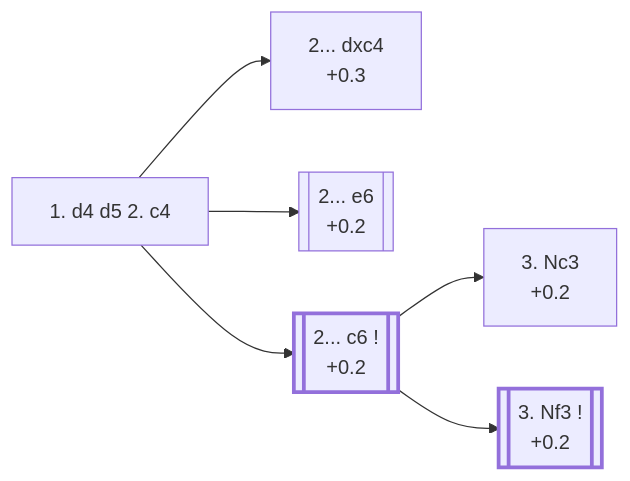
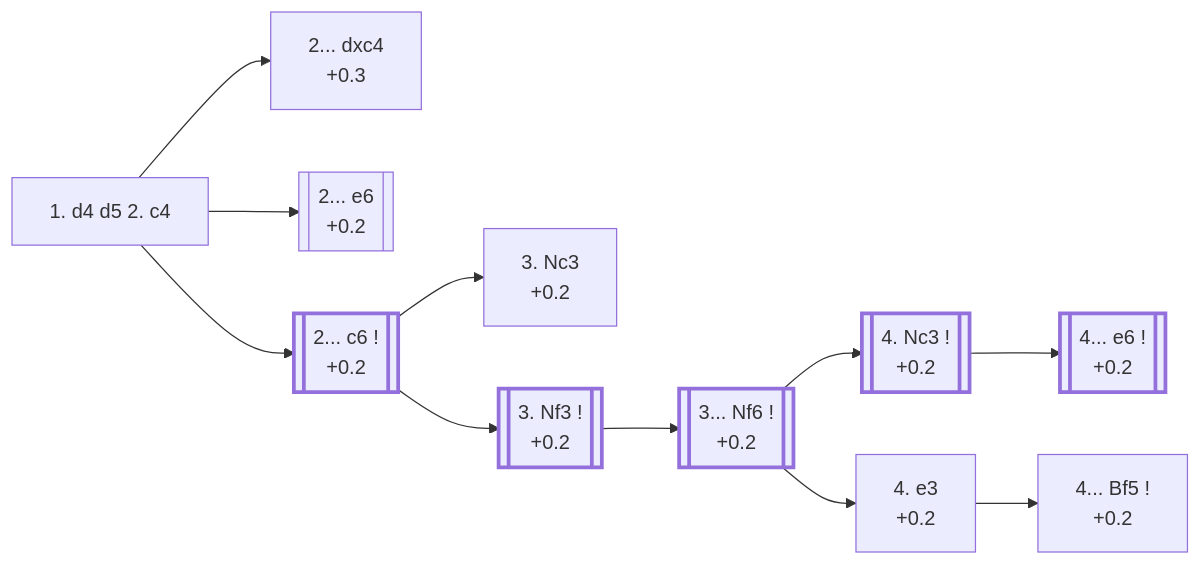
The diagram in d4_openings/D06_Queens_Gambit.md (onclemarcel/chess_flashcards), drawn with Mermaid before and after one commit. The commit also changed other lines of this file and 11 other files, not shown here.

````diff
--- a/d4_openings/D06_Queens_Gambit.md
+++ b/d4_openings/D06_Queens_Gambit.md
@@ -12,19 +12,32 @@
 ```mermaid
 flowchart LR
     classDef main stroke-width:3px;
 
     c4["1. d4 d5 2. c4"]
     click c4 "#_c4_" "D06 · Queen's Gambit"
 
     c4 --> dxc4a["2... dxc4<br/>+0.3"]
     click dxc4a "#_dxc4_" "D20 · Queen's Gambit Accepted"
     c4 --> e6a[["2... e6<br/>+0.2"]]
     click e6a "#_e6_" "D30 · Queen's Gambit Declined"
     c4 --> c6a[["2... c6 !<br/>+0.2"]]:::main
     click c6a "#_c6_" "D10 · Slav Defense"
 
     c6a --> Nc3b["3. Nc3<br/>+0.2"]
     click Nc3b "#_c6_Nc3_" "D10 · Slav Defense"
     c6a --> Nf3b[["3. Nf3 !<br/>+0.2"]]:::main
     click Nf3b "#_c6_Nf3_" "D11 · Slav Defense: Modern Line"
+
+    Nf3b --> Nf6c[["3... Nf6 !<br/>+0.2"]]:::main
+    click Nf6c "#_c6_Nf3_Nf6_" "D11 · Slav Defense: Modern Line"
+
+    Nf6c --> Nc3c[["4. Nc3 !<br/>+0.2"]]:::main
+    click Nc3c "#_c6_Nf3_Nc3_" "D15 · Slav Defense: Three Knights Variation"
+    Nf6c --> e3c["4. e3<br/>+0.2"]
+    click e3c "#_c6_Nf3_e3_" "D11 · Slav Defense: Quiet Variation"
+
+    Nc3c --> e6c[["4... e6 !<br/>+0.2"]]:::main
+    click e6c "#_c6_Nf3_Nc3_" "D15 · Slav Defense: Three Knights Variation"
+    e3c --> Bf5c["4... Bf5 !<br/>+0.2"]
+    click Bf5c "#_c6_Nf3_e3_" "D11 · Slav Defense: Quiet Variation"
 ```
````
